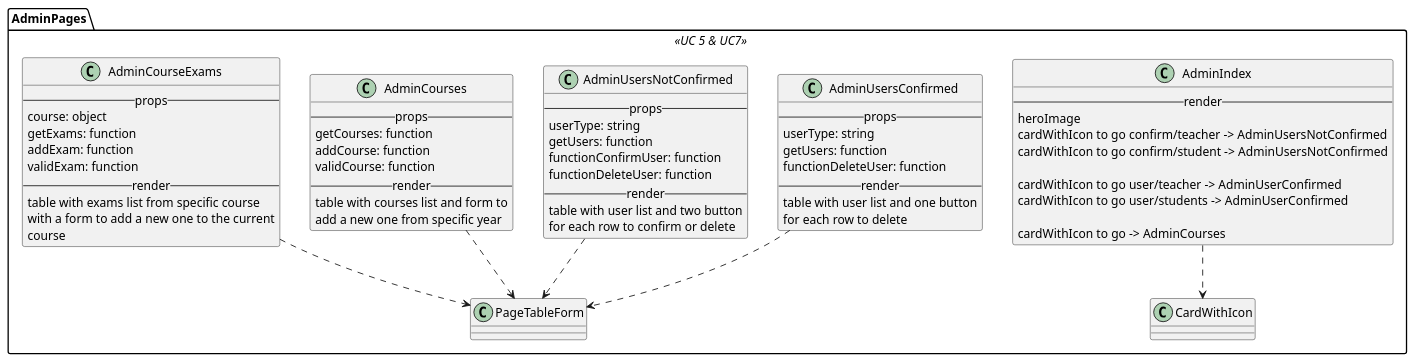
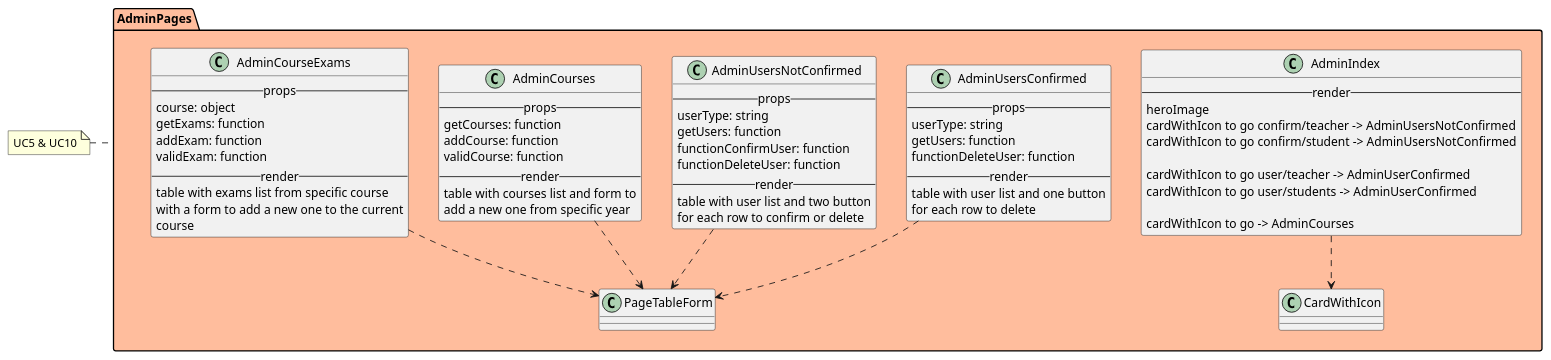
Before and after one commit to M9k/Marvin-Uml: the diagram in react/admin/index.iuml, drawn with PlantUML. The commit also changed other lines of this file and 7 other files, not shown here.

Commit message:
Corretti commenti secondo standard UML

```diff
--- a/react/admin/index.iuml
+++ b/react/admin/index.iuml
@@ -1,67 +1,65 @@
-skinparam package<<UC 5 & UC7>> {
-    backgroundColor #ffbd9d
-}
-
-package AdminPages <<UC 5 & UC7>> {
+package AdminPages #FFBD9D {
 
 class AdminIndex{
 --render--
     heroImage
     cardWithIcon to go confirm/teacher -> AdminUsersNotConfirmed
     cardWithIcon to go confirm/student -> AdminUsersNotConfirmed
 
     cardWithIcon to go user/teacher -> AdminUserConfirmed
     cardWithIcon to go user/students -> AdminUserConfirmed
 
     cardWithIcon to go -> AdminCourses
 }
 AdminIndex ..> CardWithIcon
 
 class AdminUsersConfirmed{
     --props--
         userType: string
         getUsers: function
         functionDeleteUser: function
     --render--
         table with user list and one button
         for each row to delete
 }
 AdminUsersConfirmed ..> PageTableForm
 
 class AdminUsersNotConfirmed{
     --props--
         userType: string
         getUsers: function
         functionConfirmUser: function
         functionDeleteUser: function
     --render--
         table with user list and two button
         for each row to confirm or delete
 }
 AdminUsersNotConfirmed ..> PageTableForm
 
 class AdminCourses{
     --props--
         getCourses: function
         addCourse: function
         validCourse: function
     --render--
         table with courses list and form to
         add a new one from specific year
 }
 AdminCourses ..> PageTableForm
 
 class AdminCourseExams{
     --props--
         course: object
         getExams: function
         addExam: function
         validExam: function
     --render--
         table with exams list from specific course
         with a form to add a new one to the current
         course
 }
 AdminCourseExams ..> PageTableForm
 
 }
+
+note left of AdminPages: UC5 & UC10
```
